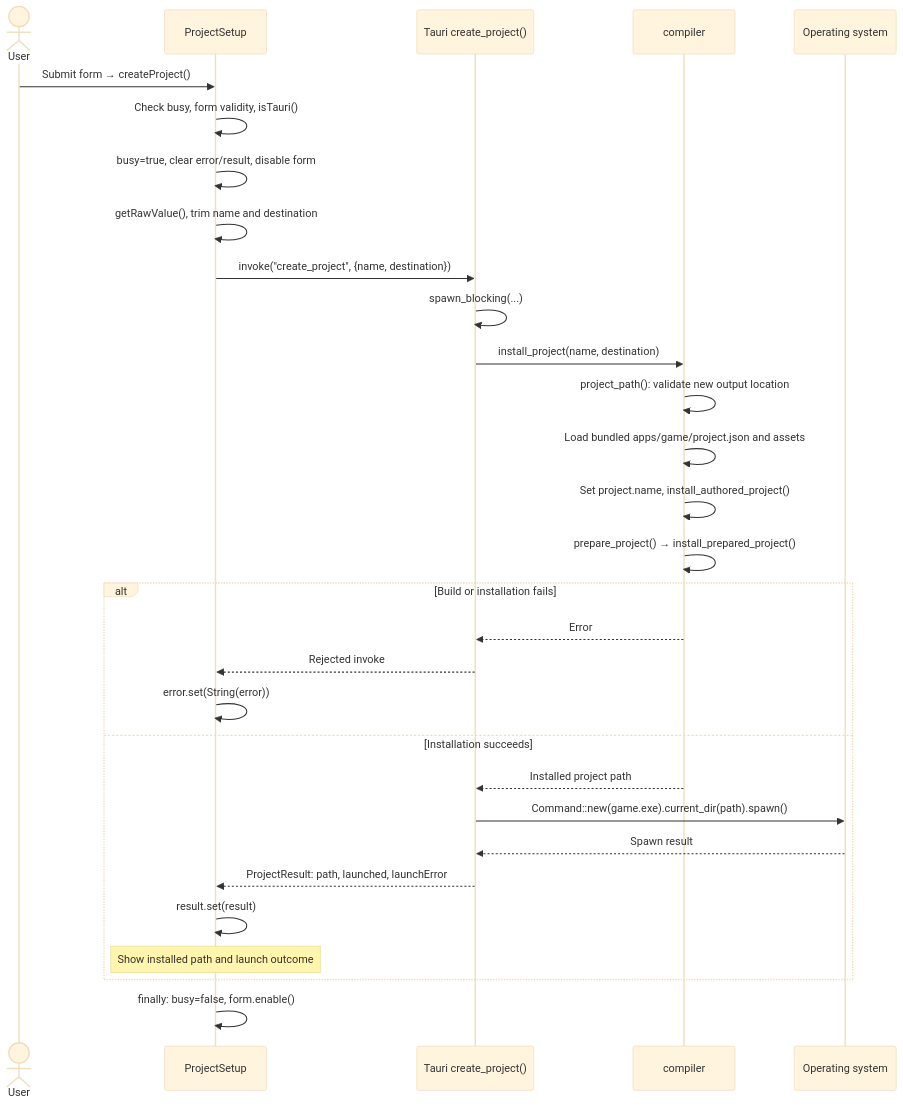
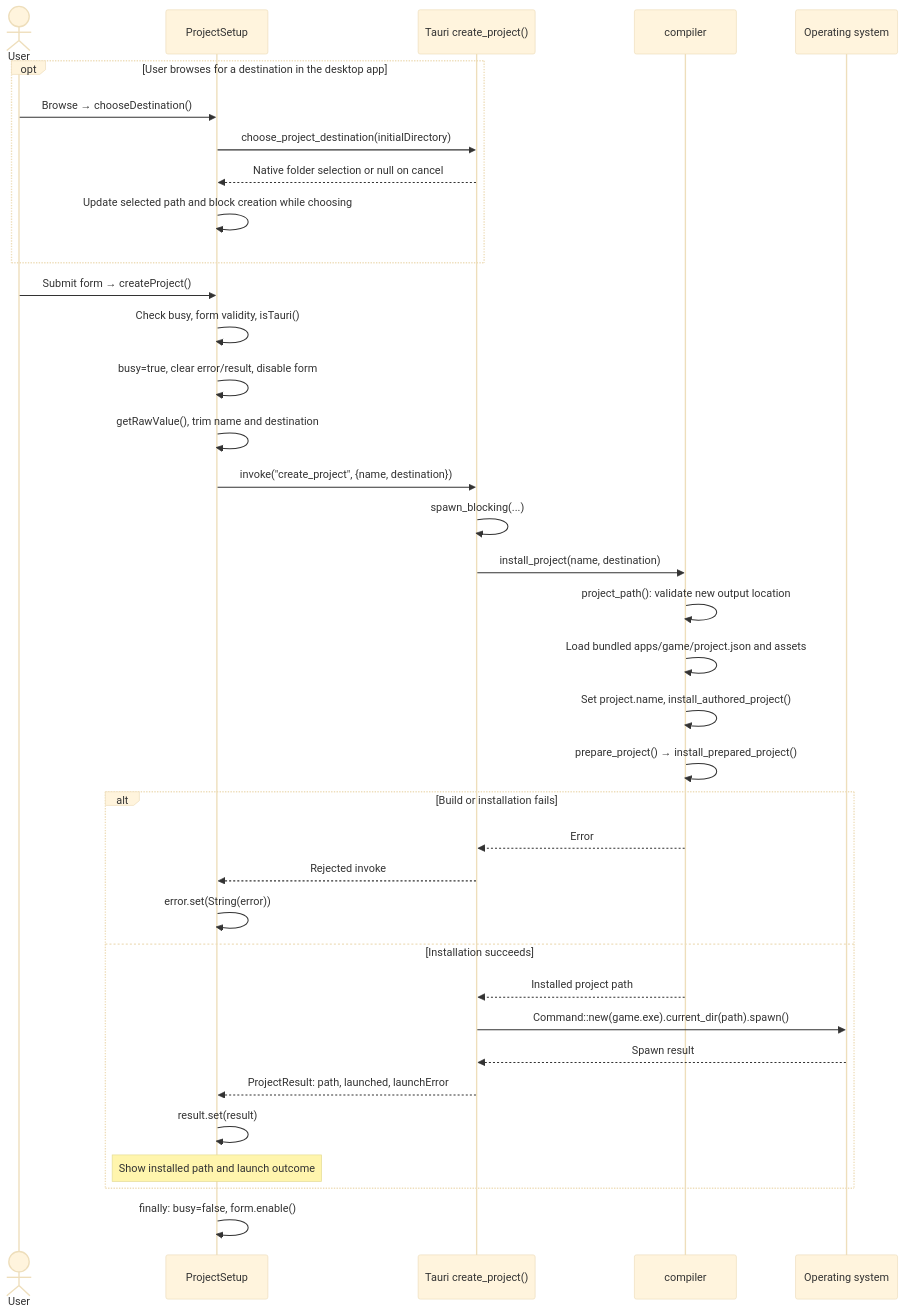
One commit to MishaYanov/GameEngine changed the second of 10 diagrams in docs/editor-flow.md. Above: the diagram before and after it, drawn with Mermaid (base theme). The commit also changed other lines of this file and 118 other files, not shown here.

````diff
--- a/docs/editor-flow.md
+++ b/docs/editor-flow.md
@@ -88,35 +88,41 @@
 ```mermaid
 sequenceDiagram
     actor User
     participant UI as ProjectSetup
     participant IPC as Tauri create_project()
     participant Compiler as compiler
     participant OS as Operating system
 
+    opt User browses for a destination in the desktop app
+        User->>UI: Browse → chooseDestination()
+        UI->>IPC: choose_project_destination(initialDirectory)
+        IPC-->>UI: Native folder selection or null on cancel
+        UI->>UI: Update selected path and block creation while choosing
+    end
     User->>UI: Submit form → createProject()
     UI->>UI: Check busy, form validity, isTauri()
     UI->>UI: busy=true, clear error/result, disable form
     UI->>UI: getRawValue(), trim name and destination
     UI->>IPC: invoke("create_project", {name, destination})
     IPC->>IPC: spawn_blocking(...)
     IPC->>Compiler: install_project(name, destination)
     Compiler->>Compiler: project_path(): validate new output location
     Compiler->>Compiler: Load bundled apps/game/project.json and assets
     Compiler->>Compiler: Set project.name, install_authored_project()
     Compiler->>Compiler: prepare_project() → install_prepared_project()
 
     alt Build or installation fails
         Compiler-->>IPC: Error
         IPC-->>UI: Rejected invoke
         UI->>UI: error.set(String(error))
     else Installation succeeds
         Compiler-->>IPC: Installed project path
         IPC->>OS: Command::new(game.exe).current_dir(path).spawn()
         OS-->>IPC: Spawn result
         IPC-->>UI: ProjectResult: path, launched, launchError
         UI->>UI: result.set(result)
         Note over UI: Show installed path and launch outcome
     end
 
     UI->>UI: finally: busy=false, form.enable()
 ```
````
